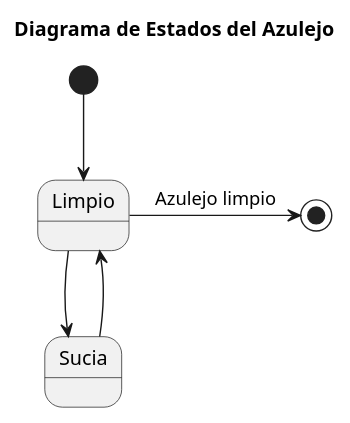
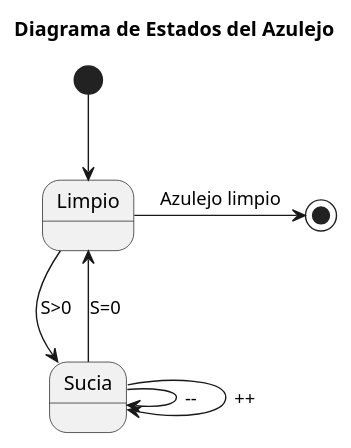
One commit to mmasias/23-24-IdSw2-SDD changed the diagram in modelosUML/DiagramaDeEstadopt2.puml. Above: the diagram before and after it, drawn with PlantUML. The commit also changed other lines of this file and 3 other files, not shown here.

```diff
--- a/modelosUML/DiagramaDeEstadopt2.puml
+++ b/modelosUML/DiagramaDeEstadopt2.puml
@@ -1,10 +1,12 @@
 @startuml
 title Diagrama de Estados del Azulejo
 
 [*] --> Limpio
 
-Limpio --> Sucia
-Sucia --> Limpio
+Limpio --> Sucia : S>0
+Sucia --> Limpio: S=0
 Limpio -r-> [*] : Azulejo limpio
+Sucia --> Sucia : --
+Sucia --> Sucia : ++
 
 @enduml
```
